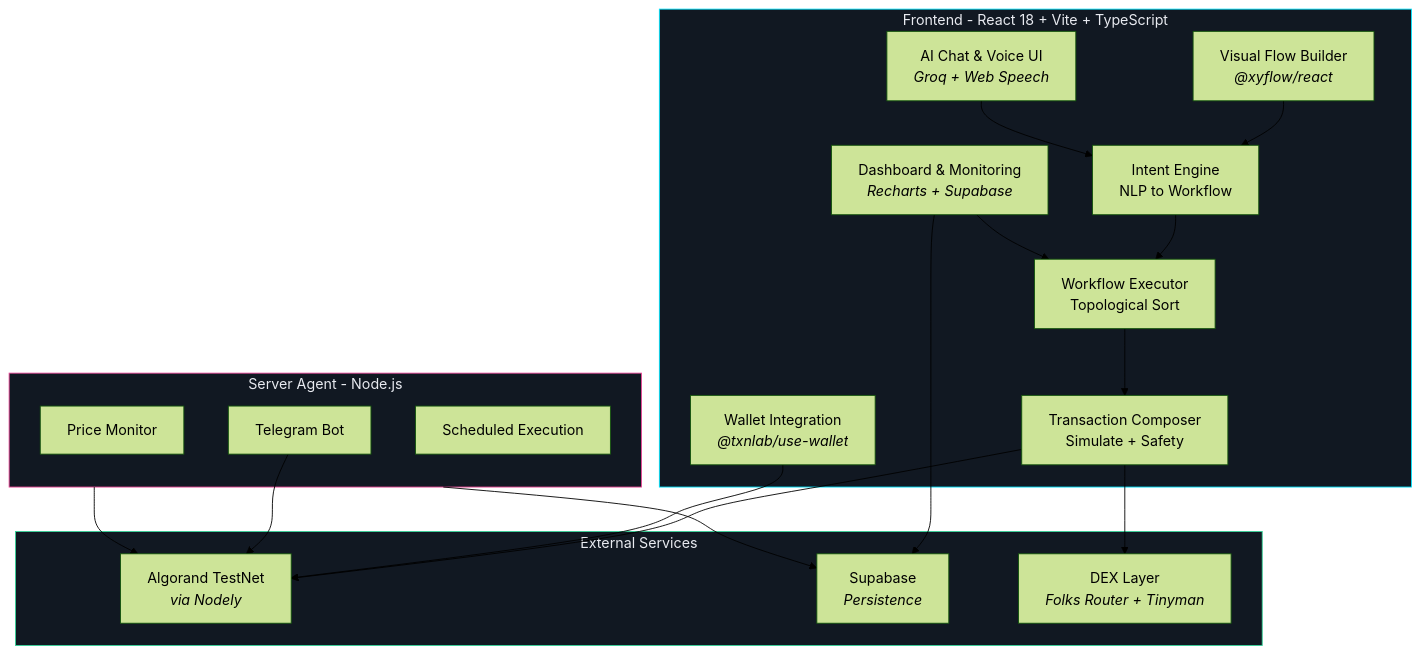
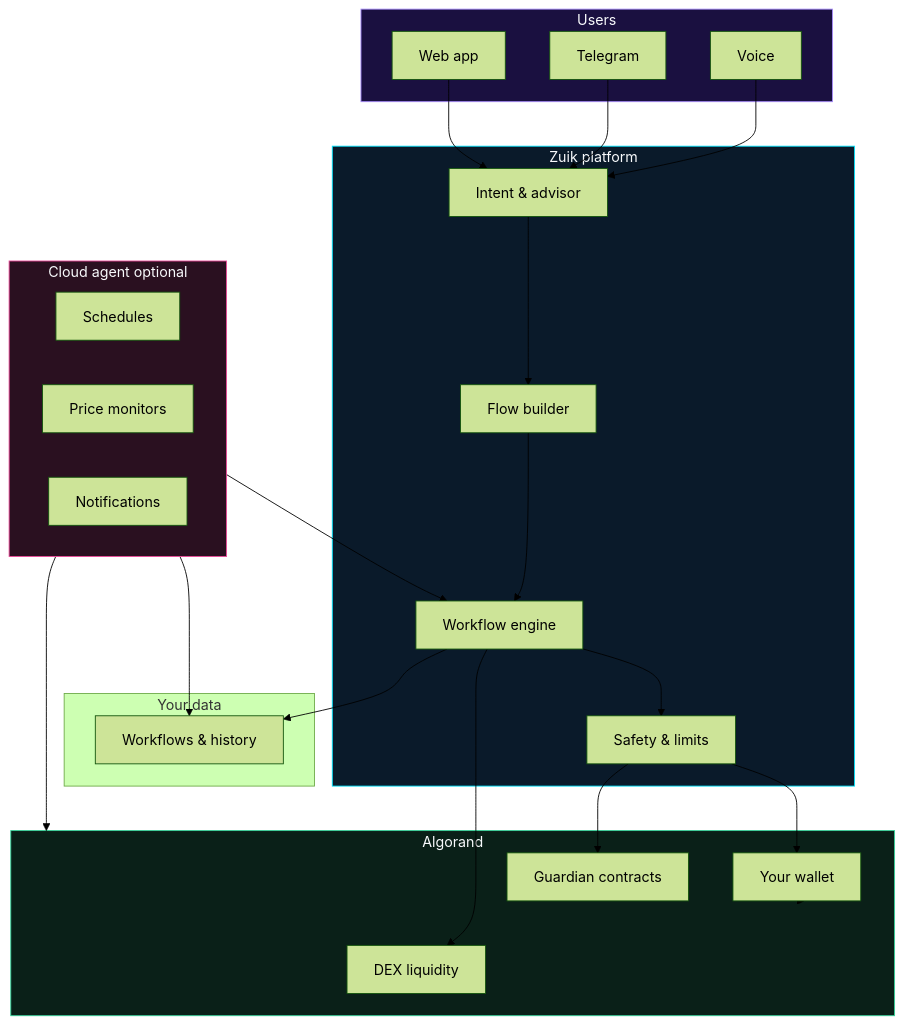
One commit to DarshanKrishna-DK/Zuik changed the fourth of 4 diagrams in README.md. Above: the diagram before and after it, drawn with Mermaid (forest theme). The commit also changed other lines of this file and 83 other files, not shown here.

````diff
--- a/README.md
+++ b/README.md
@@ -86,43 +542,51 @@
 ```mermaid
 graph TB
-    subgraph FRONTEND["Frontend - React 18 + Vite + TypeScript"]
-        FB["Visual Flow Builder<br/><i>@xyflow/react</i>"]
-        AI["AI Chat & Voice UI<br/><i>Groq + Web Speech</i>"]
-        DASH["Dashboard & Monitoring<br/><i>Recharts + Supabase</i>"]
-        WALLET["Wallet Integration<br/><i>@txnlab/use-wallet</i>"]
-
-        IE["Intent Engine<br/>NLP to Workflow"]
-        WE["Workflow Executor<br/>Topological Sort"]
-        TC["Transaction Composer<br/>Simulate + Safety"]
-
-        FB --> IE
-        AI --> IE
-        IE --> WE
-        WE --> TC
-        DASH --> WE
+    subgraph USERS["Users"]
+        WEB["Web app"]
+        TG["Telegram"]
+        VOICE["Voice"]
     end
 
-    subgraph EXTERNAL["External Services"]
-        ALGO["Algorand TestNet<br/><i>via Nodely</i>"]
-        SUPA["Supabase<br/><i>Persistence</i>"]
-        DEX["DEX Layer<br/><i>Folks Router + Tinyman</i>"]
+    subgraph PLATFORM["Zuik platform"]
+        INTENT["Intent & advisor"]
+        BUILDER["Flow builder"]
+        EXEC["Workflow engine"]
+        SAFE["Safety & limits"]
     end
 
-    subgraph SERVER["Server Agent - Node.js"]
-        TBOT["Telegram Bot"]
-        PRICE["Price Monitor"]
-        SCHED["Scheduled Execution"]
+    subgraph PERSIST["Your data"]
+        DB["Workflows & history"]
     end
 
-    TC --> ALGO
-    TC --> DEX
-    WALLET --> ALGO
-    DASH --> SUPA
-    SERVER --> SUPA
-    SERVER --> ALGO
-    TBOT --> ALGO
+    subgraph AGENT["Cloud agent optional"]
+        SCHED["Schedules"]
+        PRICE["Price monitors"]
+        NOTIFY["Notifications"]
+    end
 
-    style FRONTEND fill:#111822,stroke:#00e5ff,color:#e8eaf0
-    style EXTERNAL fill:#111822,stroke:#34d399,color:#e8eaf0
-    style SERVER fill:#111822,stroke:#ec4899,color:#e8eaf0
+    subgraph ALGORAND["Algorand"]
+        WALLET["Your wallet"]
+        DEX["DEX liquidity"]
+        GUARD["Guardian contracts"]
+    end
+
+    WEB --> INTENT
+    VOICE --> INTENT
+    TG --> INTENT
+    INTENT --> BUILDER
+    BUILDER --> EXEC
+    EXEC --> SAFE
+    SAFE --> WALLET
+    EXEC --> DEX
+    SAFE --> GUARD
+    EXEC --> DB
+    AGENT --> EXEC
+    AGENT --> DB
+    AGENT --> ALGORAND
+    WALLET --> ALGORAND
+
+    style USERS fill:#1a1040,stroke:#a78bfa,color:#f8fafc
+    style PLATFORM fill:#0a1a2a,stroke:#00e5ff,color:#f8fafc
+    style AGENT fill:#2a1020,stroke:#ec4899,color:#f8fafc
+    style ALGORAND fill:#0a2018,stroke:#34d399,color:#f8fafc
 ```
````
